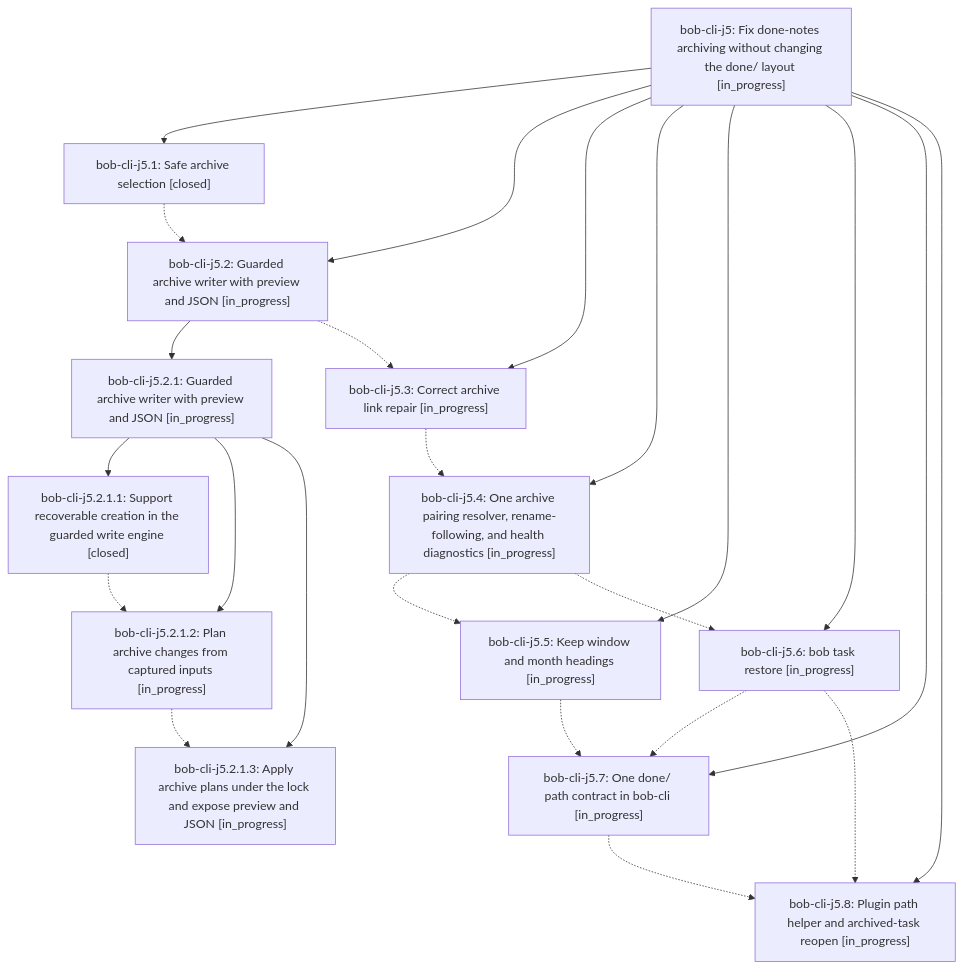
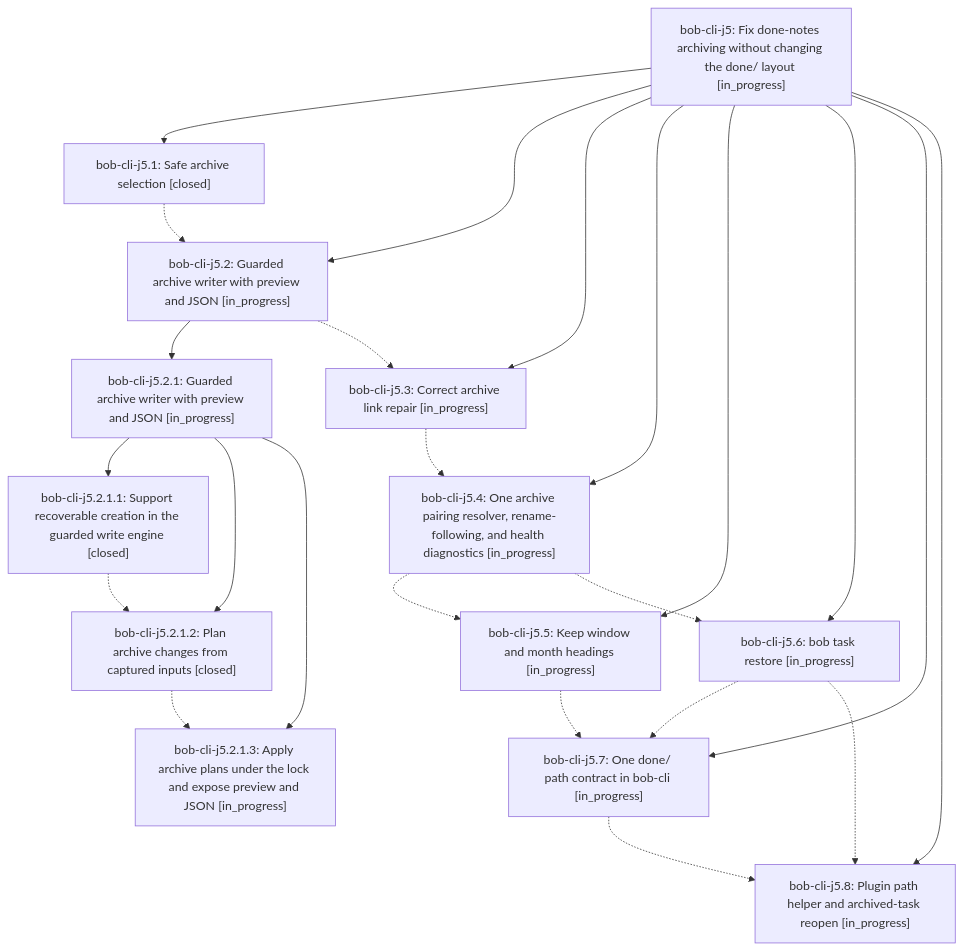
Before and after one commit to bobs-org/bob-cli--beads: the diagram in pages/bob-cli-j5/README.md, drawn with Mermaid. The commit also changed other lines of this file and 4 other files, not shown here.

First line of the commit message:
chore(beads): sync bead state and pages for bob-cli-j5

````diff
--- a/pages/bob-cli-j5/README.md
+++ b/pages/bob-cli-j5/README.md
@@ -41,39 +41,39 @@
 ```mermaid
 flowchart TD
     n0["bob-cli-j5: Fix done-notes archiving without changing the done/ layout [in_progress]"]
     n1["bob-cli-j5.1: Safe archive selection [closed]"]
     n2["bob-cli-j5.2: Guarded archive writer with preview and JSON [in_progress]"]
     n3["bob-cli-j5.2.1: Guarded archive writer with preview and JSON [in_progress]"]
     n4["bob-cli-j5.2.1.1: Support recoverable creation in the guarded write engine [closed]"]
-    n5["bob-cli-j5.2.1.2: Plan archive changes from captured inputs [in_progress]"]
+    n5["bob-cli-j5.2.1.2: Plan archive changes from captured inputs [closed]"]
     n6["bob-cli-j5.2.1.3: Apply archive plans under the lock and expose preview and JSON [in_progress]"]
     n7["bob-cli-j5.3: Correct archive link repair [in_progress]"]
     n8["bob-cli-j5.4: One archive pairing resolver, rename-following, and health diagnostics [in_progress]"]
     n9["bob-cli-j5.5: Keep window and month headings [in_progress]"]
     n10["bob-cli-j5.6: bob task restore [in_progress]"]
     n11["bob-cli-j5.7: One done/ path contract in bob-cli [in_progress]"]
     n12["bob-cli-j5.8: Plugin path helper and archived-task reopen [in_progress]"]
     n0 --> n1
     n0 --> n2
     n2 --> n3
     n3 --> n4
     n3 --> n5
     n3 --> n6
     n0 --> n7
     n0 --> n8
     n0 --> n9
     n0 --> n10
     n0 --> n11
     n0 --> n12
     n1 -.-> n2
     n2 -.-> n7
     n4 -.-> n5
     n5 -.-> n6
     n7 -.-> n8
     n8 -.-> n9
     n8 -.-> n10
     n9 -.-> n11
     n10 -.-> n11
     n10 -.-> n12
     n11 -.-> n12
 ```
````
